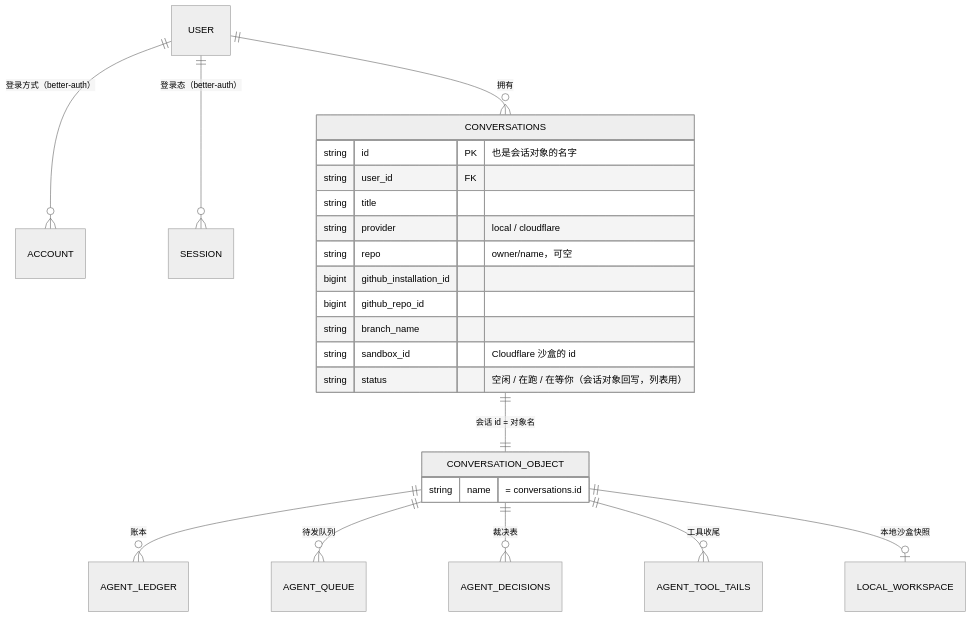
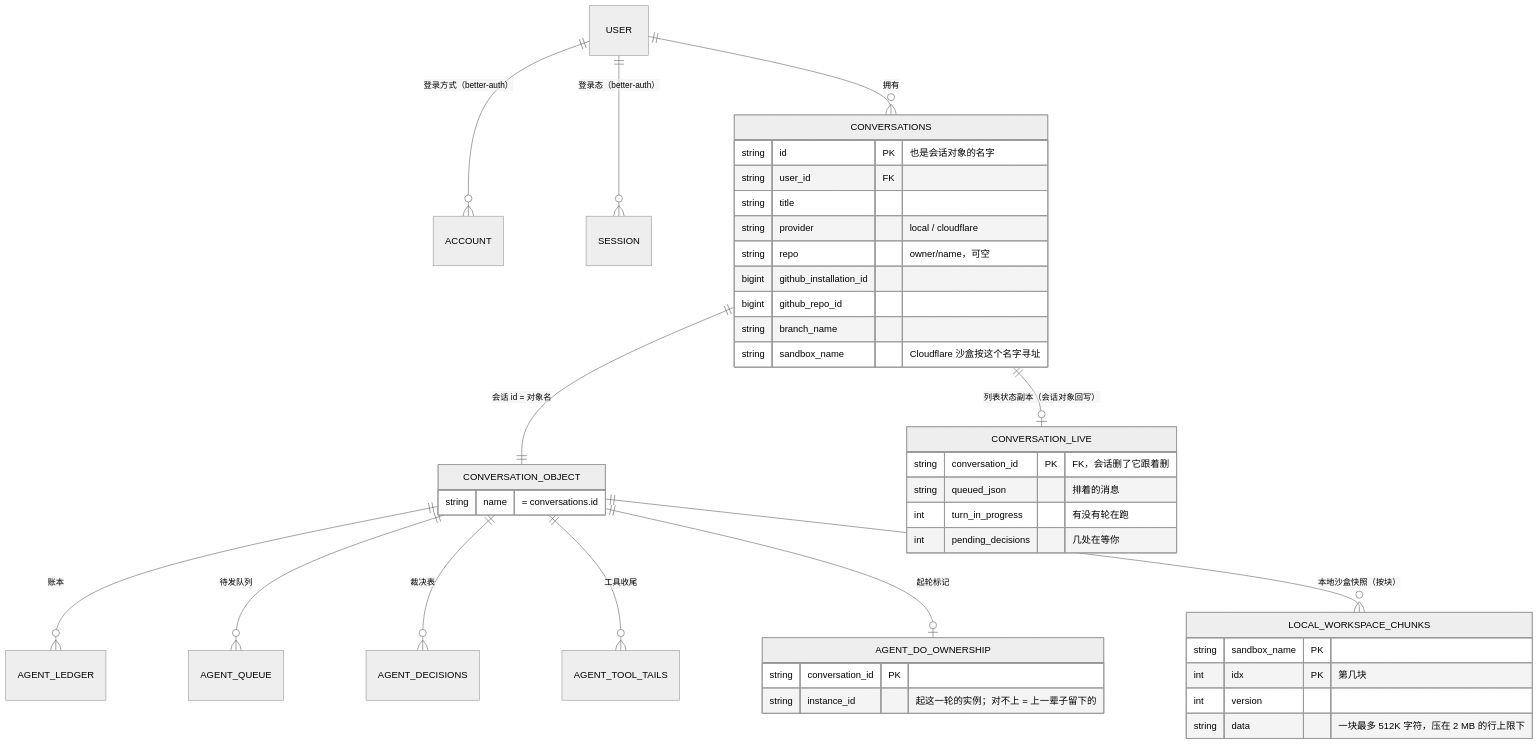
One commit to ludafa/runko changed the second of 5 diagrams in docs/host/cloudflare/tech/chat-on-cloudflare.md. Above: the diagram before and after it, drawn with Mermaid (neutral theme). The commit also changed other lines of this file and 5 other files, not shown here.

````diff
--- a/docs/host/cloudflare/tech/chat-on-cloudflare.md
+++ b/docs/host/cloudflare/tech/chat-on-cloudflare.md
@@ -43,27 +44,44 @@
 ```mermaid
 erDiagram
   USER ||--o{ ACCOUNT : "登录方式（better-auth）"
   USER ||--o{ SESSION : "登录态（better-auth）"
   USER ||--o{ CONVERSATIONS : "拥有"
   CONVERSATIONS ||--|| CONVERSATION_OBJECT : "会话 id = 对象名"
+  CONVERSATIONS ||--o| CONVERSATION_LIVE : "列表状态副本（会话对象回写）"
   CONVERSATION_OBJECT ||--o{ AGENT_LEDGER : "账本"
   CONVERSATION_OBJECT ||--o{ AGENT_QUEUE : "待发队列"
   CONVERSATION_OBJECT ||--o{ AGENT_DECISIONS : "裁决表"
   CONVERSATION_OBJECT ||--o{ AGENT_TOOL_TAILS : "工具收尾"
-  CONVERSATION_OBJECT ||--o| LOCAL_WORKSPACE : "本地沙盒快照"
+  CONVERSATION_OBJECT ||--o| AGENT_DO_OWNERSHIP : "起轮标记"
+  CONVERSATION_OBJECT ||--o{ LOCAL_WORKSPACE_CHUNKS : "本地沙盒快照（按块）"
   CONVERSATIONS {
     string id PK "也是会话对象的名字"
     string user_id FK
     string title
     string provider "local / cloudflare"
     string repo "owner/name，可空"
     bigint github_installation_id
     bigint github_repo_id
     string branch_name
-    string sandbox_id "Cloudflare 沙盒的 id"
-    string status "空闲 / 在跑 / 在等你（会话对象回写，列表用）"
+    string sandbox_name "Cloudflare 沙盒按这个名字寻址"
+  }
+  CONVERSATION_LIVE {
+    string conversation_id PK "FK，会话删了它跟着删"
+    string queued_json "排着的消息"
+    int turn_in_progress "有没有轮在跑"
+    int pending_decisions "几处在等你"
   }
   CONVERSATION_OBJECT {
     string name "= conversations.id"
   }
+  AGENT_DO_OWNERSHIP {
+    string conversation_id PK
+    string instance_id "起这一轮的实例；对不上 = 上一辈子留下的"
+  }
+  LOCAL_WORKSPACE_CHUNKS {
+    string sandbox_name PK
+    int idx PK "第几块"
+    int version
+    string data "一块最多 512K 字符，压在 2 MB 的行上限下"
+  }
 ```
````
